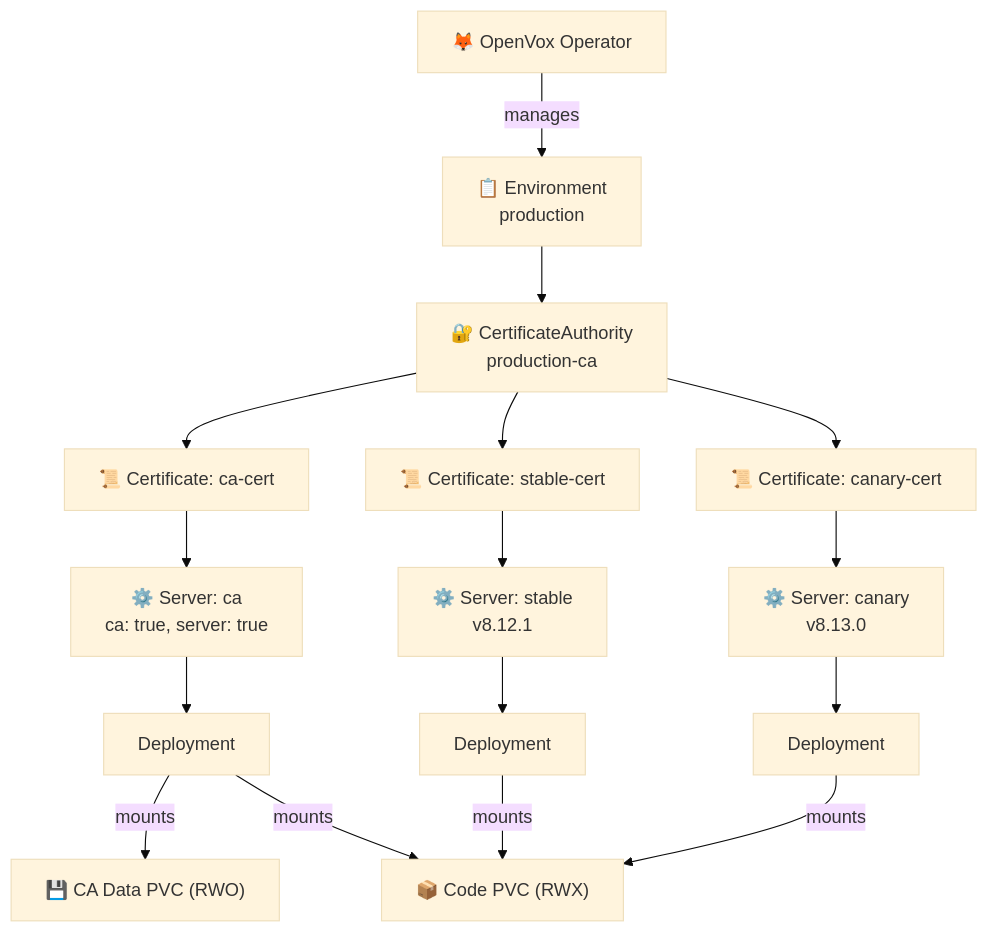
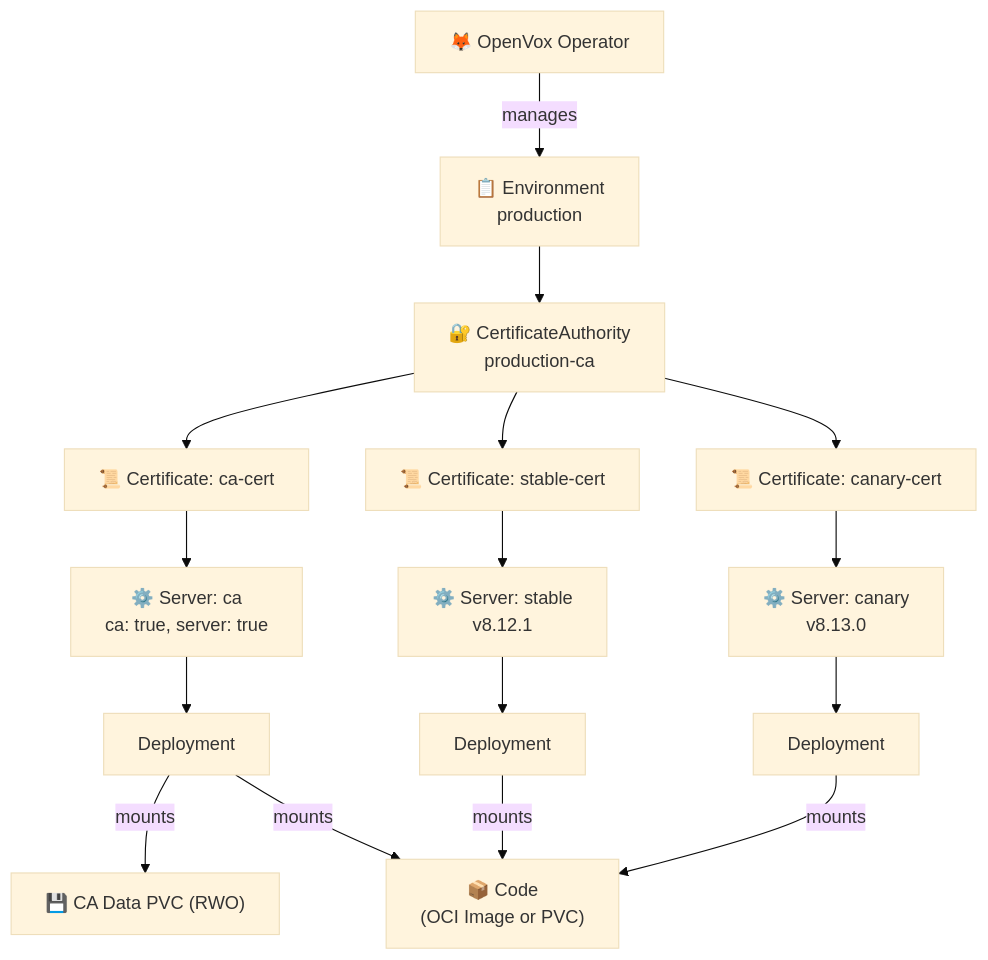
Before and after one commit to slauger/openvox-operator: the first of 2 diagrams in README.md, drawn with Mermaid (base theme). The commit also changed other lines of this file and 1 other file, not shown here.

First line of the commit message:
docs: update README and index with OCI storage and Gateway API

````diff
--- a/README.md
+++ b/README.md
@@ -26,24 +28,24 @@
 ```mermaid
 graph TD
     Op["🦊 OpenVox Operator"]
     Op -->|manages| Env
 
     Env["📋 Environment<br/>production"]
     Env --> CA_CRD["🔐 CertificateAuthority<br/>production-ca"]
     CA_CRD --> Cert_CA["📜 Certificate: ca-cert"]
     CA_CRD --> Cert_Stable["📜 Certificate: stable-cert"]
     CA_CRD --> Cert_Canary["📜 Certificate: canary-cert"]
 
     Cert_CA --> CA["⚙️ Server: ca<br/>ca: true, server: true"]
     Cert_Stable --> Stable["⚙️ Server: stable<br/>v8.12.1"]
     Cert_Canary --> Canary["⚙️ Server: canary<br/>v8.13.0"]
 
     CA --> CA_D["Deployment"]
     Stable --> ST_D["Deployment"]
     Canary --> CN_D["Deployment"]
 
     CA_D -->|mounts| CA_PVC["💾 CA Data PVC (RWO)"]
-    CA_D -->|mounts| Code_PVC
-    ST_D -->|mounts| Code_PVC["📦 Code PVC (RWX)"]
-    CN_D -->|mounts| Code_PVC
+    CA_D -->|mounts| Code["📦 Code<br/>(OCI Image or PVC)"]
+    ST_D -->|mounts| Code
+    CN_D -->|mounts| Code
 ```
````
